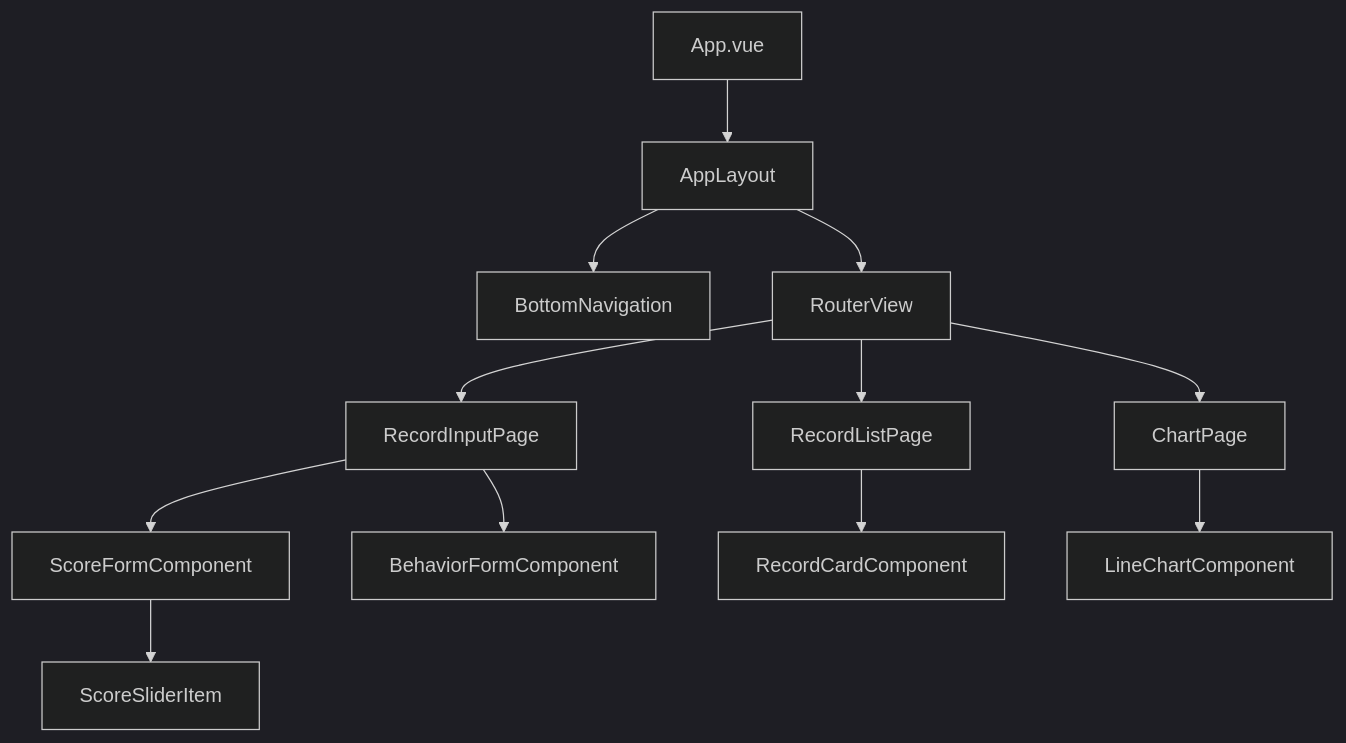
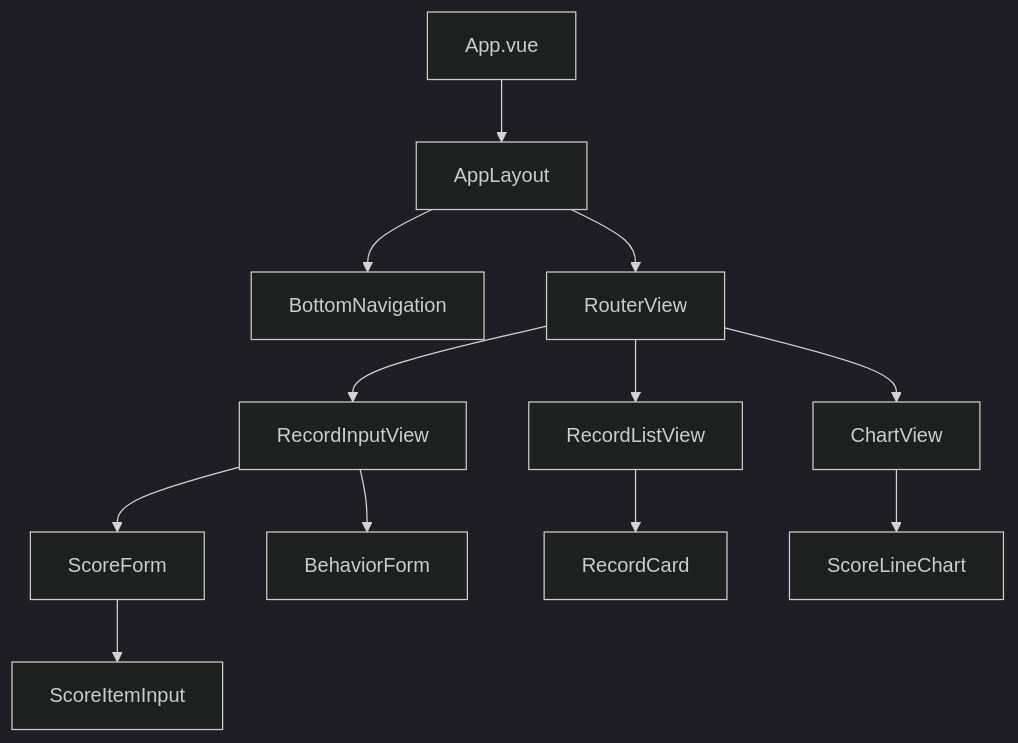
One commit to HaraRyonosuke/condition-tracker changed the third of 4 diagrams in docs/design.md. Above: the diagram before and after it, drawn with Mermaid (dark theme). The commit also changed other lines of this file and 7 other files, not shown here.

````diff
--- a/docs/design.md
+++ b/docs/design.md
@@ -91,19 +79,19 @@
 ```mermaid
 graph TD
     App[App.vue]
     App --> Layout[AppLayout]
     Layout --> Nav[BottomNavigation]
     Layout --> Router[RouterView]
- 
-    Router --> Input[RecordInputPage]
-    Router --> List[RecordListPage]
-    Router --> Chart[ChartPage]
- 
-    Input --> ScoreForm[ScoreFormComponent]
-    Input --> BehaviorForm[BehaviorFormComponent]
-    ScoreForm --> ScoreSlider[ScoreSliderItem]
- 
-    List --> RecordCard[RecordCardComponent]
- 
-    Chart --> LineChart[LineChartComponent]
+
+    Router --> Input[RecordInputView]
+    Router --> List[RecordListView]
+    Router --> Chart[ChartView]
+
+    Input --> ScoreForm[ScoreForm]
+    Input --> BehaviorForm[BehaviorForm]
+    ScoreForm --> ScoreItem[ScoreItemInput]
+
+    List --> RecordCard[RecordCard]
+
+    Chart --> LineChart[ScoreLineChart]
 ```
````
